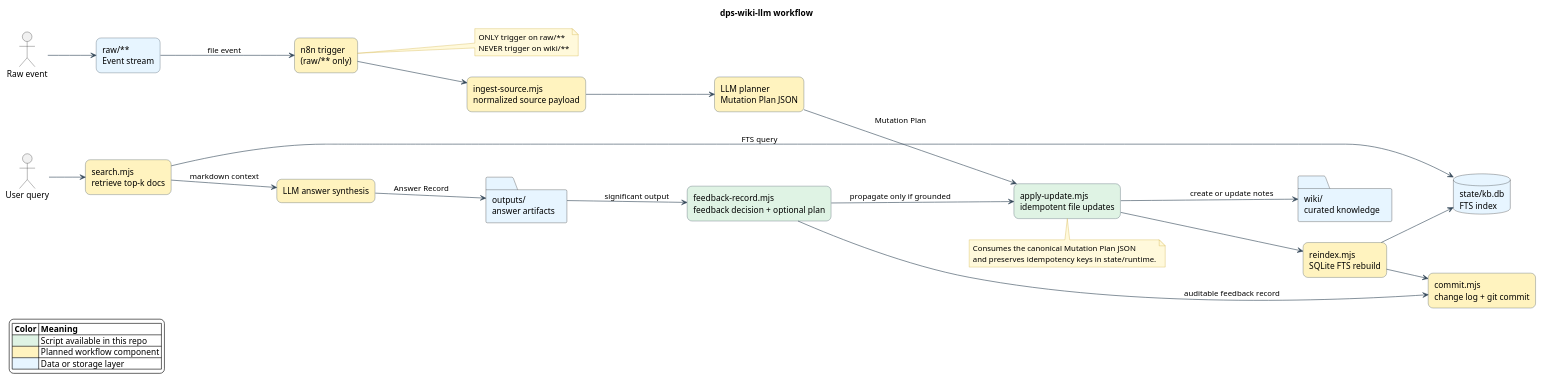
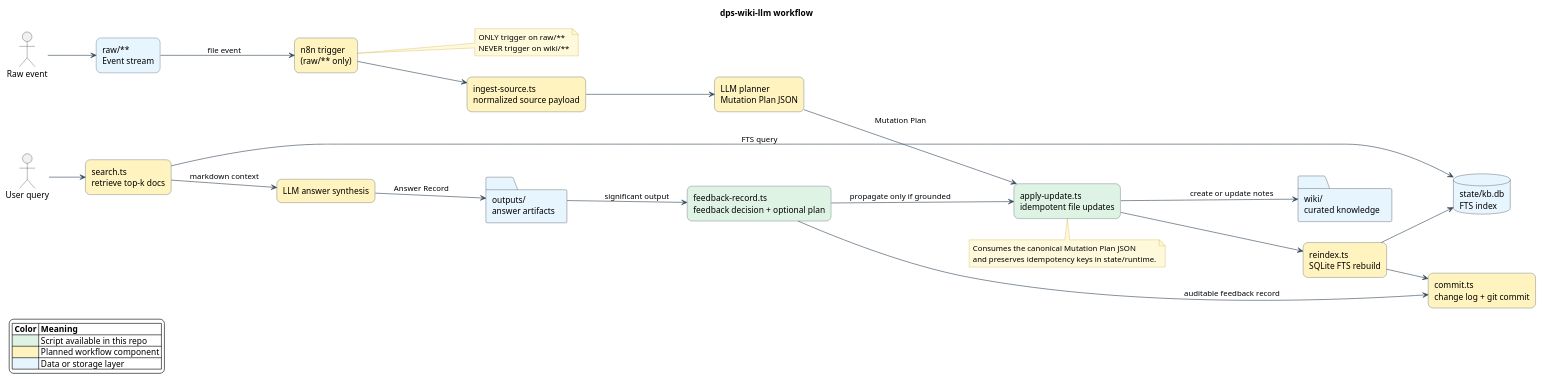
One commit to davidpoza/dps-wiki-llm changed the diagram in docs/diagrams/workflow.puml. Above: the diagram before and after it, drawn with PlantUML. The commit also changed 32 other files, not shown here.

```diff
--- a/docs/diagrams/workflow.puml
+++ b/docs/diagrams/workflow.puml
@@ -1,73 +1,73 @@
 @startuml
 title dps-wiki-llm workflow
 left to right direction
 
 skinparam backgroundColor transparent
 skinparam shadowing false
 skinparam defaultFontName Monospace
 skinparam ArrowColor #35485A
 skinparam packageStyle rectangle
 skinparam rectangle {
   BorderColor #2E4053
   RoundCorner 16
 }
 skinparam note {
   BackgroundColor #FFF9DB
   BorderColor #C9A227
 }
 
 legend left
 |= Color |= Meaning |
 |<#DFF3E4>| Script available in this repo |
 |<#FFF3BF>| Planned workflow component |
 |<#E7F5FF>| Data or storage layer |
 endlegend
 
 actor "Raw event" as rawEvent
 actor "User query" as userQuery
 
 rectangle "raw/**\nEvent stream" as raw #E7F5FF
 rectangle "n8n trigger\n(raw/** only)" as n8n #FFF3BF
-rectangle "ingest-source.mjs\nnormalized source payload" as ingest #FFF3BF
+rectangle "ingest-source.ts\nnormalized source payload" as ingest #FFF3BF
 rectangle "LLM planner\nMutation Plan JSON" as planner #FFF3BF
-rectangle "apply-update.mjs\nidempotent file updates" as apply #DFF3E4
-rectangle "reindex.mjs\nSQLite FTS rebuild" as reindex #FFF3BF
-rectangle "commit.mjs\nchange log + git commit" as commit #FFF3BF
+rectangle "apply-update.ts\nidempotent file updates" as apply #DFF3E4
+rectangle "reindex.ts\nSQLite FTS rebuild" as reindex #FFF3BF
+rectangle "commit.ts\nchange log + git commit" as commit #FFF3BF
 
 database "state/kb.db\nFTS index" as db #E7F5FF
 folder "wiki/\ncurated knowledge" as wiki #E7F5FF
 folder "outputs/\nanswer artifacts" as outputs #E7F5FF
 
-rectangle "search.mjs\nretrieve top-k docs" as search #FFF3BF
+rectangle "search.ts\nretrieve top-k docs" as search #FFF3BF
 rectangle "LLM answer synthesis" as answer #FFF3BF
-rectangle "feedback-record.mjs\nfeedback decision + optional plan" as feedback #DFF3E4
+rectangle "feedback-record.ts\nfeedback decision + optional plan" as feedback #DFF3E4
 
 rawEvent --> raw
 raw --> n8n : file event
 n8n --> ingest
 ingest --> planner
 planner --> apply : Mutation Plan
 apply --> wiki : create or update notes
 apply --> reindex
 reindex --> db
 reindex --> commit
 
 userQuery --> search
 search --> db : FTS query
 search --> answer : markdown context
 answer --> outputs : Answer Record
 outputs --> feedback : significant output
 feedback --> apply : propagate only if grounded
 feedback --> commit : auditable feedback record
 
 note right of n8n
 ONLY trigger on raw/**
 NEVER trigger on wiki/**
 end note
 
 note bottom of apply
 Consumes the canonical Mutation Plan JSON
 and preserves idempotency keys in state/runtime.
 end note
 
 @enduml
```
